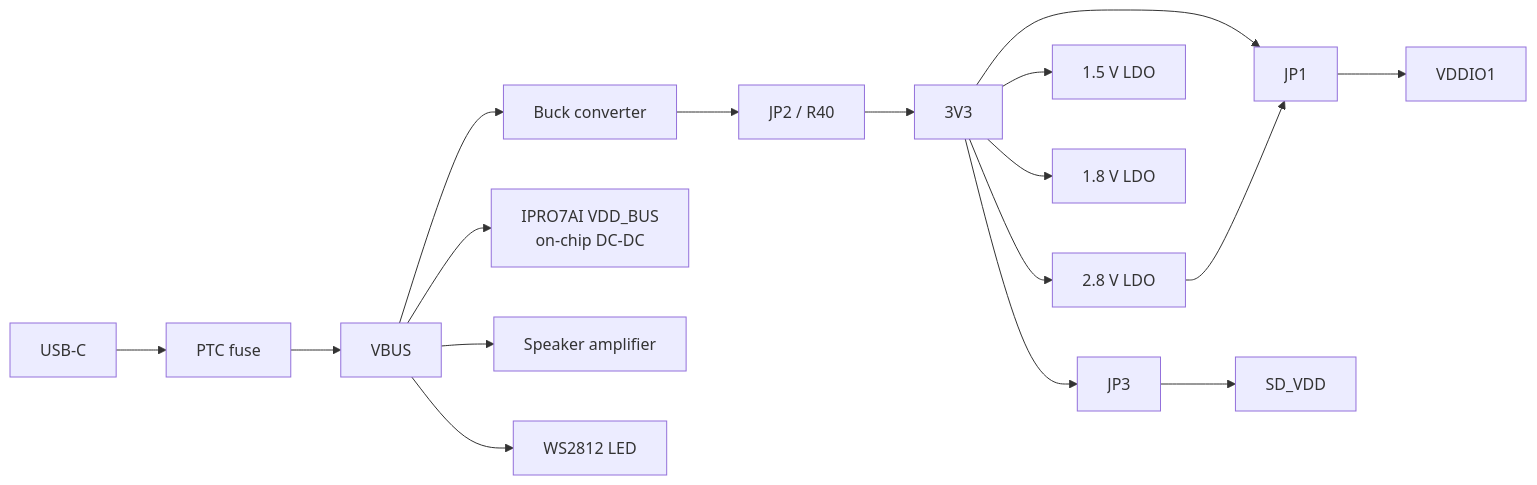
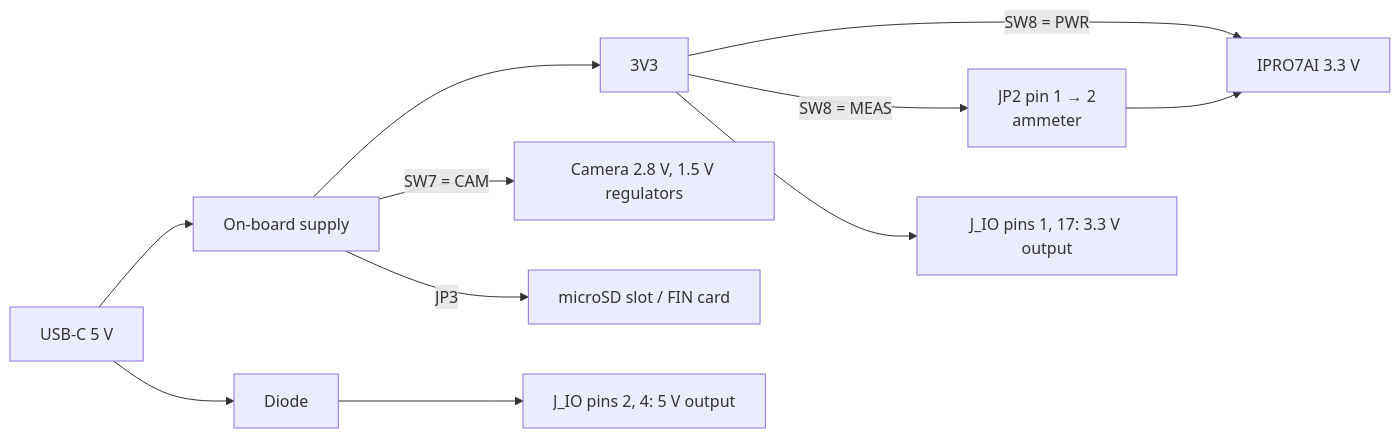
The diagram in docs/en/hardware/power.md (INTELPRO-INC/ipro-sdk-docs), drawn with Mermaid before and after one commit. The commit also changed other lines of this file and 182 other files, not shown here.

````diff
--- a/docs/en/hardware/power.md
+++ b/docs/en/hardware/power.md
@@ -18,15 +18,10 @@
 ```mermaid
 flowchart LR
-    USB["USB-C"] --> PTC["PTC fuse"] --> VBUS["VBUS"]
-    VBUS --> BUCK["Buck converter"] --> JP2["JP2 / R40"] --> V33["3V3"]
-    VBUS --> SOC["IPRO7AI VDD_BUS<br/>on-chip DC-DC"]
-    VBUS --> AMP["Speaker amplifier"]
-    VBUS --> LED["WS2812 LED"]
-    V33 --> LDO28["2.8 V LDO"]
-    V33 --> LDO15["1.5 V LDO"]
-    V33 --> LDO18["1.8 V LDO"]
-    V33 --> JP1["JP1"]
-    LDO28 --> JP1
-    JP1 --> VDDIO1["VDDIO1"]
-    V33 --> JP3["JP3"] --> SDVDD["SD_VDD"]
+    USB["USB-C 5 V"] --> PWR["On-board supply"] --> V33["3V3"]
+    USB --> D["Diode"] --> JIO5["J_IO pins 2, 4: 5 V output"]
+    V33 -- "SW8 = PWR" --> SOC["IPRO7AI 3.3 V"]
+    V33 -- "SW8 = MEAS" --> JP2["JP2 pin 1 → 2<br/>ammeter"] --> SOC
+    V33 --> JIO33["J_IO pins 1, 17: 3.3 V output"]
+    PWR -- "SW7 = CAM" --> CAM["Camera 2.8 V, 1.5 V regulators"]
+    PWR -- "JP3" --> SD["microSD slot / FIN card"]
 ```
````
